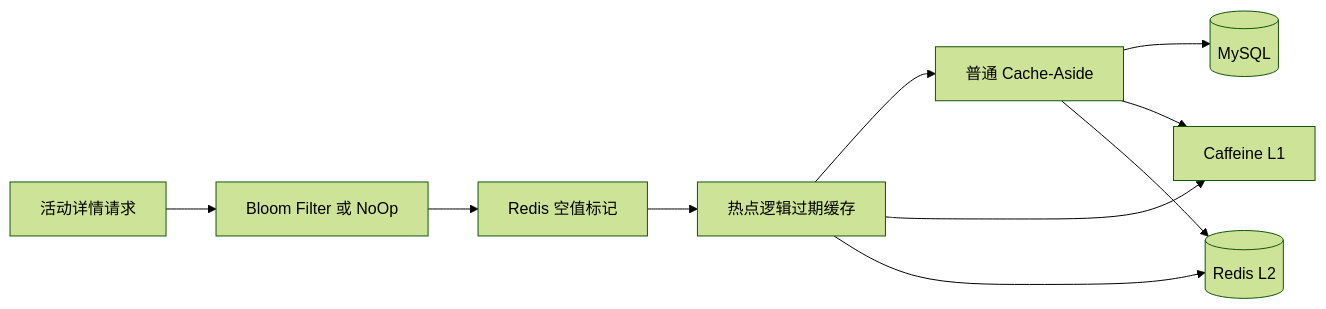
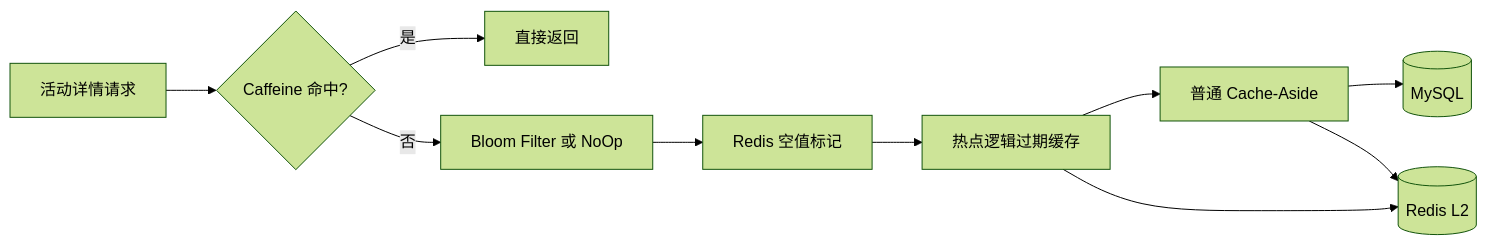
Before and after one commit to dahuangggg/ticket-rush: the diagram in docs/zh-CN/module-2-event.md, drawn with Mermaid (forest theme). The commit also changed other lines of this file and 13 other files, not shown here.

````diff
--- a/docs/zh-CN/module-2-event.md
+++ b/docs/zh-CN/module-2-event.md
@@ -16,12 +16,12 @@
 ```mermaid
 flowchart LR
-    Request["活动详情请求"] --> Bloom["Bloom Filter 或 NoOp"]
+    Request["活动详情请求"] --> Local{"Caffeine 命中?"}
+    Local -->|"是"| Return["直接返回"]
+    Local -->|"否"| Bloom["Bloom Filter 或 NoOp"]
     Bloom --> Null["Redis 空值标记"]
     Null --> Hot["热点逻辑过期缓存"]
     Hot --> Normal["普通 Cache-Aside"]
     Normal --> DB[("MySQL")]
-    Hot --> Caffeine["Caffeine L1"]
-    Normal --> Caffeine
     Hot --> Redis[("Redis L2")]
     Normal --> Redis
 ```
````
